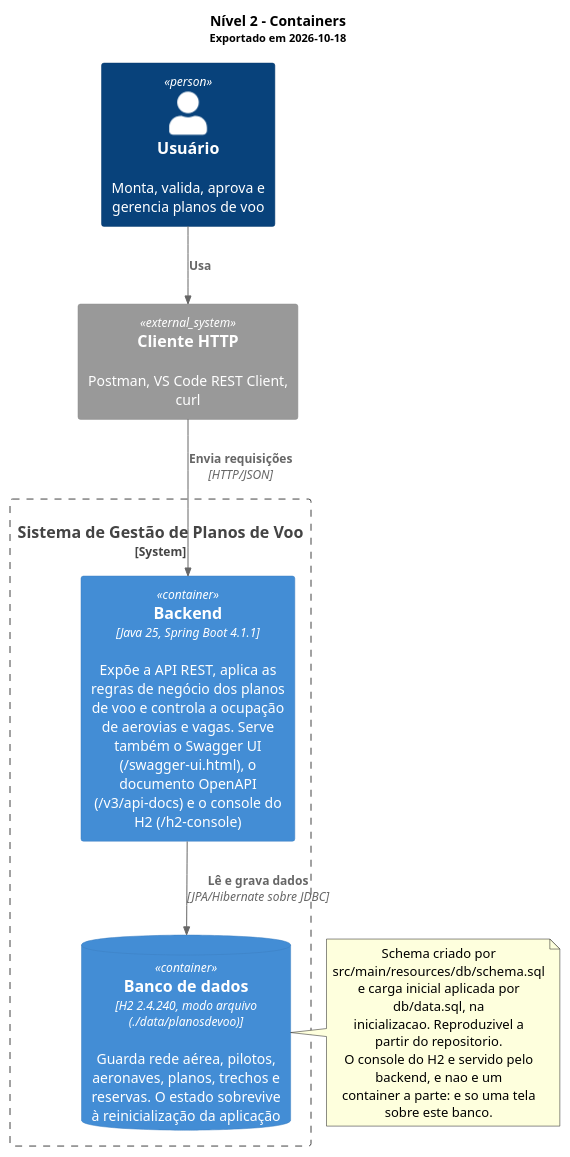
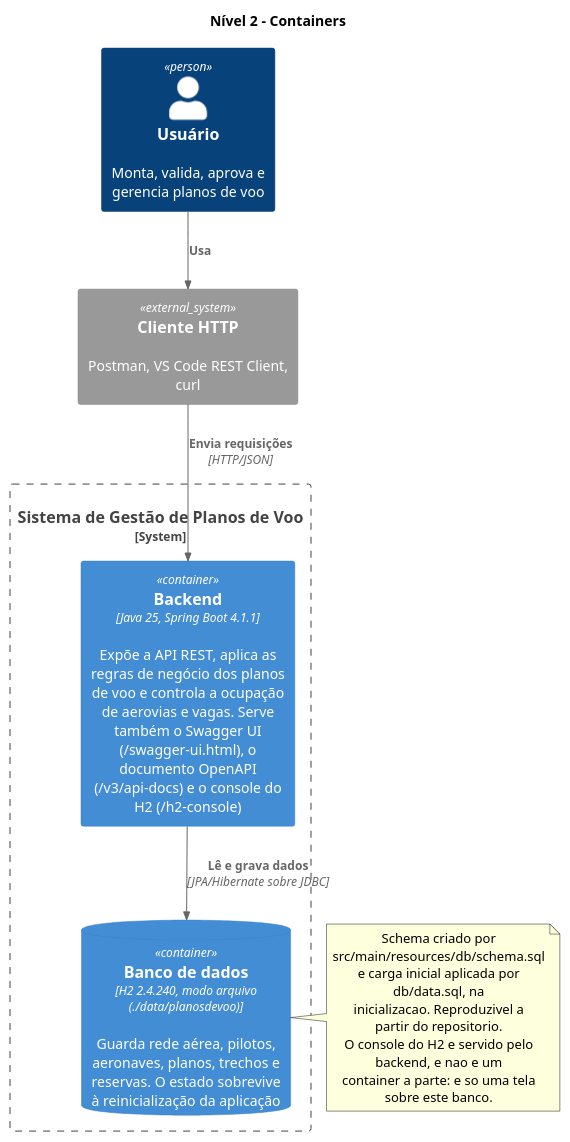
Before and after one commit to antoniocosta0/trabalho-projaq: the diagram in docs/arquitetura/c4-containers.puml, drawn with PlantUML. The commit also changed 21 other files, not shown here.

Commit message:
docs: shorten the adrs and sync the diagram sources with the code

```diff
--- a/docs/arquitetura/c4-containers.puml
+++ b/docs/arquitetura/c4-containers.puml
@@ -1,31 +1,26 @@
 @startuml
-' C4 nível 2 - Containers
-' PUCRS - Projeto e Arquitetura de Software - 2026/2 - turma 340
 !include <C4/C4_Container>
 
-title
-  Nível 2 - Containers
-  <size:11>Exportado em 2026-10-18</size>
-end title
+title Nível 2 - Containers
 
 Person(usuario, "Usuário", "Monta, valida, aprova e gerencia planos de voo")
 System_Ext(cliente, "Cliente HTTP", "Postman, VS Code REST Client, curl")
 
 System_Boundary(sistema, "Sistema de Gestão de Planos de Voo") {
   Container(api, "Backend", "Java 25, Spring Boot 4.1.1", "Expõe a API REST, aplica as regras de negócio dos planos de voo e controla a ocupação de aerovias e vagas. Serve também o Swagger UI (/swagger-ui.html), o documento OpenAPI (/v3/api-docs) e o console do H2 (/h2-console)")
   ContainerDb(banco, "Banco de dados", "H2 2.4.240, modo arquivo (./data/planosdevoo)", "Guarda rede aérea, pilotos, aeronaves, planos, trechos e reservas. O estado sobrevive à reinicialização da aplicação")
 }
 
 Rel(usuario, cliente, "Usa")
 Rel(cliente, api, "Envia requisições", "HTTP/JSON")
 Rel(api, banco, "Lê e grava dados", "JPA/Hibernate sobre JDBC")
 
 note right of banco
   Schema criado por src/main/resources/db/schema.sql
   e carga inicial aplicada por db/data.sql, na
   inicializacao. Reproduzivel a partir do repositorio.
   O console do H2 e servido pelo backend, e nao e um
   container a parte: e so uma tela sobre este banco.
 end note
 
 @enduml
```
